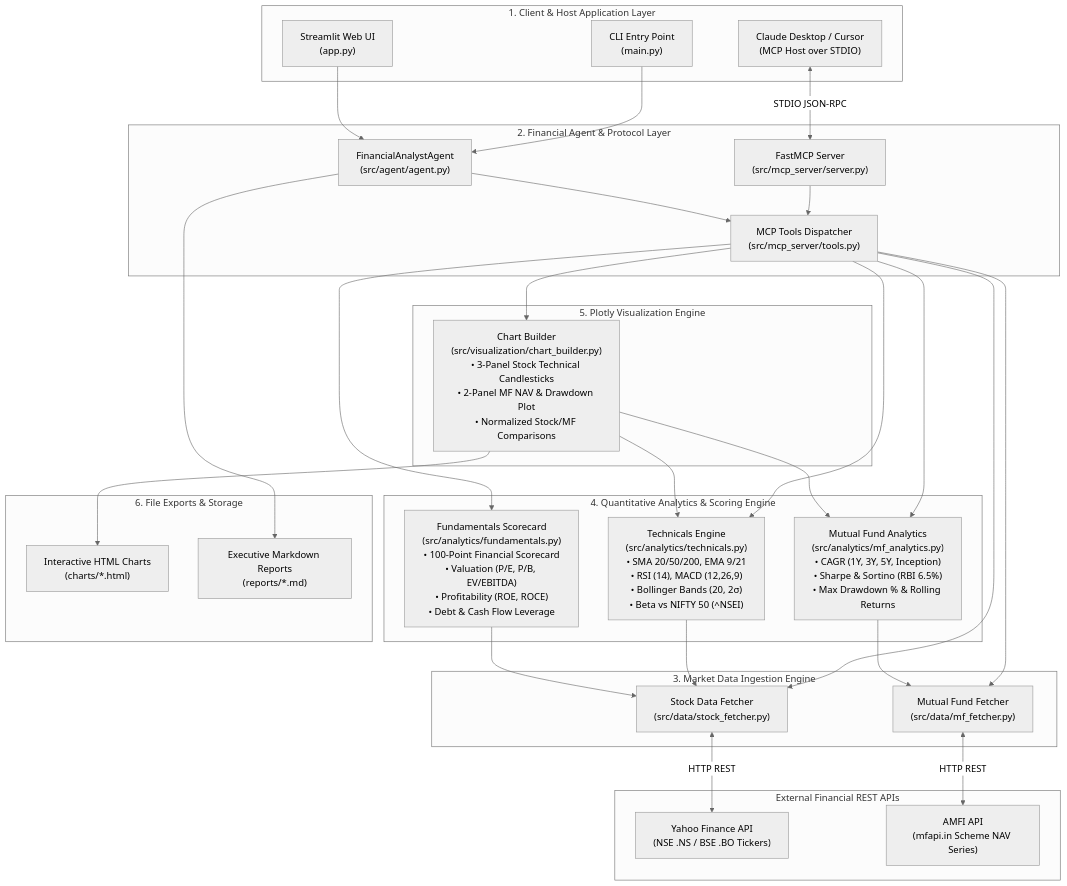
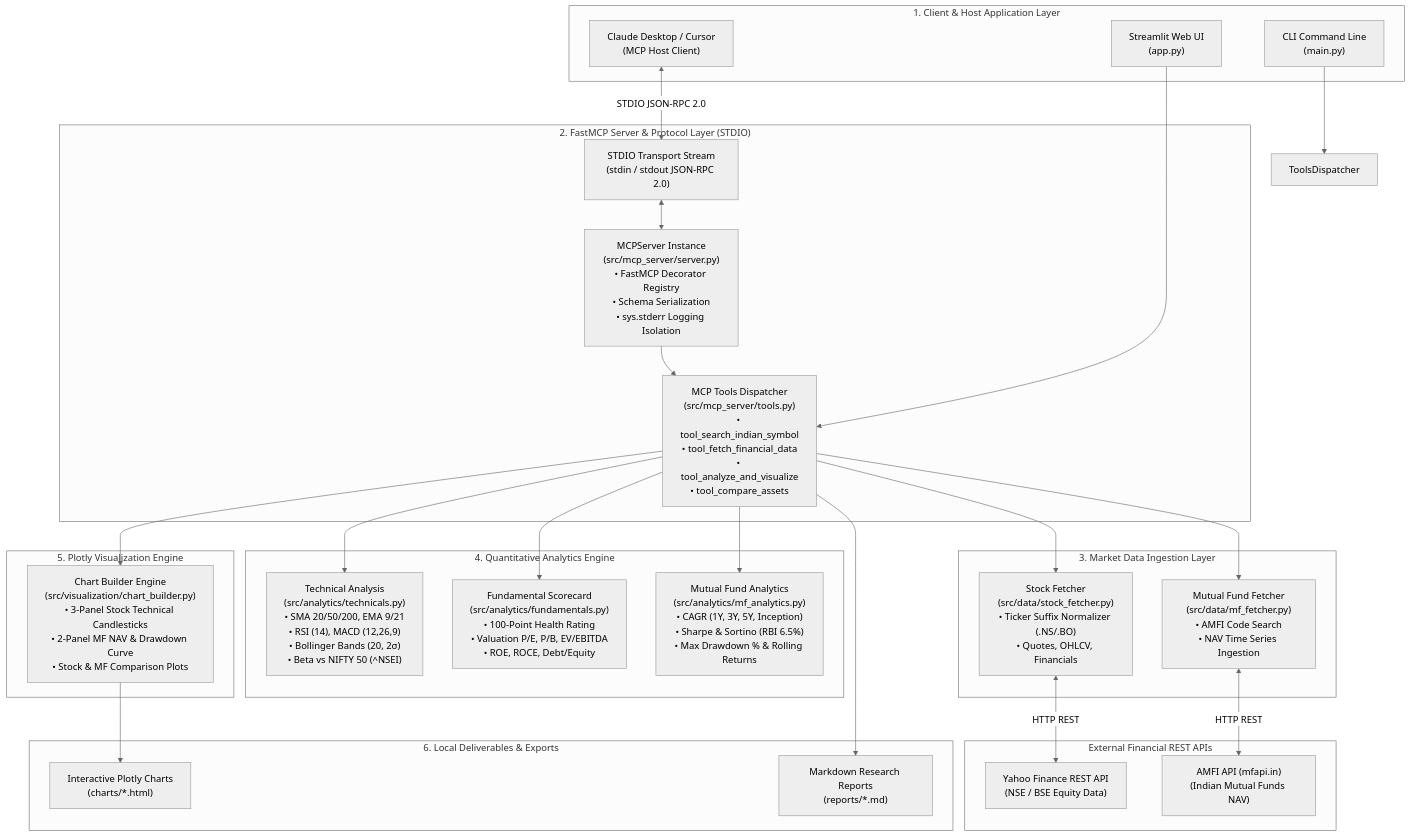
The first of 2 diagrams in docs/full_project_flow.md (akapoor30/Arthra-MCP), drawn with Mermaid (neutral theme) before and after one commit. The commit also changed other lines of this file, not shown here.

Commit message:
expanded docs/full_project_flow.md with deep FastMCP JSON-RPC protocol specification and complete file-by-file system registry

````diff
--- a/docs/full_project_flow.md
+++ b/docs/full_project_flow.md
@@ -9,66 +9,60 @@
 ```mermaid
 flowchart TD
     subgraph ClientLayer ["1. Client & Host Application Layer"]
-        CLI["CLI Entry Point<br/>(main.py)"]
+        Claude["Claude Desktop / Cursor<br/>(MCP Host Client)"]
+        CLI["CLI Command Line<br/>(main.py)"]
         WebUI["Streamlit Web UI<br/>(app.py)"]
-        Claude["Claude Desktop / Cursor<br/>(MCP Host over STDIO)"]
     end
 
-    subgraph AgentLayer ["2. Financial Agent & Protocol Layer"]
-        Agent["FinancialAnalystAgent<br/>(src/agent/agent.py)"]
-        FastMCP["FastMCP Server<br/>(src/mcp_server/server.py)"]
-        Tools["MCP Tools Dispatcher<br/>(src/mcp_server/tools.py)"]
+    subgraph FastMCPProtocol ["2. FastMCP Server & Protocol Layer (STDIO)"]
+        StdioStream["STDIO Transport Stream<br/>(stdin / stdout JSON-RPC 2.0)"]
+        MCPServerCore["MCPServer Instance<br/>(src/mcp_server/server.py)<br/>• FastMCP Decorator Registry<br/>• Schema Serialization<br/>• sys.stderr Logging Isolation"]
+        ToolDispatcher["MCP Tools Dispatcher<br/>(src/mcp_server/tools.py)<br/>• tool_search_indian_symbol<br/>• tool_fetch_financial_data<br/>• tool_analyze_and_visualize<br/>• tool_compare_assets"]
     end
 
-    subgraph IngestionLayer ["3. Market Data Ingestion Engine"]
-        StockFetch["Stock Data Fetcher<br/>(src/data/stock_fetcher.py)"]
-        MFFetch["Mutual Fund Fetcher<br/>(src/data/mf_fetcher.py)"]
+    subgraph DataEngine ["3. Market Data Ingestion Layer"]
+        StockFetch["Stock Fetcher<br/>(src/data/stock_fetcher.py)<br/>• Ticker Suffix Normalizer (.NS/.BO)<br/>• Quotes, OHLCV, Financials"]
+        MFFetch["Mutual Fund Fetcher<br/>(src/data/mf_fetcher.py)<br/>• AMFI Code Search<br/>• NAV Time Series Ingestion"]
     end
 
-    subgraph ExternalAPIs ["External Financial REST APIs"]
-        YFinance["Yahoo Finance API<br/>(NSE .NS / BSE .BO Tickers)"]
-        AMFI["AMFI API<br/>(mfapi.in Scheme NAV Series)"]
+    subgraph RESTAPIs ["External Financial REST APIs"]
+        YFinance["Yahoo Finance REST API<br/>(NSE / BSE Equity Data)"]
+        AMFI["AMFI API (mfapi.in)<br/>(Indian Mutual Funds NAV)"]
     end
 
-    subgraph AnalyticsLayer ["4. Quantitative Analytics & Scoring Engine"]
-        TechEngine["Technicals Engine<br/>(src/analytics/technicals.py)<br/>• SMA 20/50/200, EMA 9/21<br/>• RSI (14), MACD (12,26,9)<br/>• Bollinger Bands (20, 2σ)<br/>• Beta vs NIFTY 50 (^NSEI)"]
-        FundEngine["Fundamentals Scorecard<br/>(src/analytics/fundamentals.py)<br/>• 100-Point Financial Scorecard<br/>• Valuation (P/E, P/B, EV/EBITDA)<br/>• Profitability (ROE, ROCE)<br/>• Debt & Cash Flow Leverage"]
-        MFEngine["Mutual Fund Analytics<br/>(src/analytics/mf_analytics.py)<br/>• CAGR (1Y, 3Y, 5Y, Inception)<br/>• Sharpe & Sortino (RBI 6.5%)<br/>• Max Drawdown % & Rolling Returns"]
+    subgraph AnalyticsEngine ["4. Quantitative Analytics Engine"]
+        TechModule["Technical Analysis<br/>(src/analytics/technicals.py)<br/>• SMA 20/50/200, EMA 9/21<br/>• RSI (14), MACD (12,26,9)<br/>• Bollinger Bands (20, 2σ)<br/>• Beta vs NIFTY 50 (^NSEI)"]
+        FundModule["Fundamental Scorecard<br/>(src/analytics/fundamentals.py)<br/>• 100-Point Health Rating<br/>• Valuation P/E, P/B, EV/EBITDA<br/>• ROE, ROCE, Debt/Equity"]
+        MFModule["Mutual Fund Analytics<br/>(src/analytics/mf_analytics.py)<br/>• CAGR (1Y, 3Y, 5Y, Inception)<br/>• Sharpe & Sortino (RBI 6.5%)<br/>• Max Drawdown % & Rolling Returns"]
     end
 
-    subgraph VisLayer ["5. Plotly Visualization Engine"]
-        ChartBuilder["Chart Builder<br/>(src/visualization/chart_builder.py)<br/>• 3-Panel Stock Technical Candlesticks<br/>• 2-Panel MF NAV & Drawdown Plot<br/>• Normalized Stock/MF Comparisons"]
+    subgraph VisEngine ["5. Plotly Visualization Engine"]
+        ChartBuilder["Chart Builder Engine<br/>(src/visualization/chart_builder.py)<br/>• 3-Panel Stock Technical Candlesticks<br/>• 2-Panel MF NAV & Drawdown Curve<br/>• Stock & MF Comparison Plots"]
     end
 
-    subgraph StorageLayer ["6. File Exports & Storage"]
-        HTMLCharts["Interactive HTML Charts<br/>(charts/*.html)"]
-        MDReports["Executive Markdown Reports<br/>(reports/*.md)"]
+    subgraph Storage ["6. Local Deliverables & Exports"]
+        HTMLCharts["Interactive Plotly Charts<br/>(charts/*.html)"]
+        MDReports["Markdown Research Reports<br/>(reports/*.md)"]
     end
 
-    %% Flow Connections
-    CLI --> Agent
-    WebUI --> Agent
-    Claude <-->|STDIO JSON-RPC| FastMCP
-    FastMCP --> Tools
-    Agent --> Tools
+    %% Protocol & Data Connections
+    Claude <-->|STDIO JSON-RPC 2.0| StdioStream
+    StdioStream <--> MCPServerCore
+    MCPServerCore --> ToolDispatcher
 
-    Tools --> StockFetch
-    Tools --> MFFetch
-    Tools --> TechEngine
-    Tools --> FundEngine
-    Tools --> MFEngine
-    Tools --> ChartBuilder
+    CLI --> ToolsDispatcher
+    WebUI --> ToolDispatcher
+
+    ToolDispatcher --> StockFetch
+    ToolDispatcher --> MFFetch
+    ToolDispatcher --> TechModule
+    ToolDispatcher --> FundModule
+    ToolDispatcher --> MFModule
+    ToolDispatcher --> ChartBuilder
 
     StockFetch <-->|HTTP REST| YFinance
     MFFetch <-->|HTTP REST| AMFI
 
-    TechEngine --> StockFetch
-    FundEngine --> StockFetch
-    MFEngine --> MFFetch
-
-    ChartBuilder --> TechEngine
-    ChartBuilder --> MFEngine
     ChartBuilder --> HTMLCharts
-
-    Agent --> MDReports
+    ToolDispatcher --> MDReports
 ```
````
